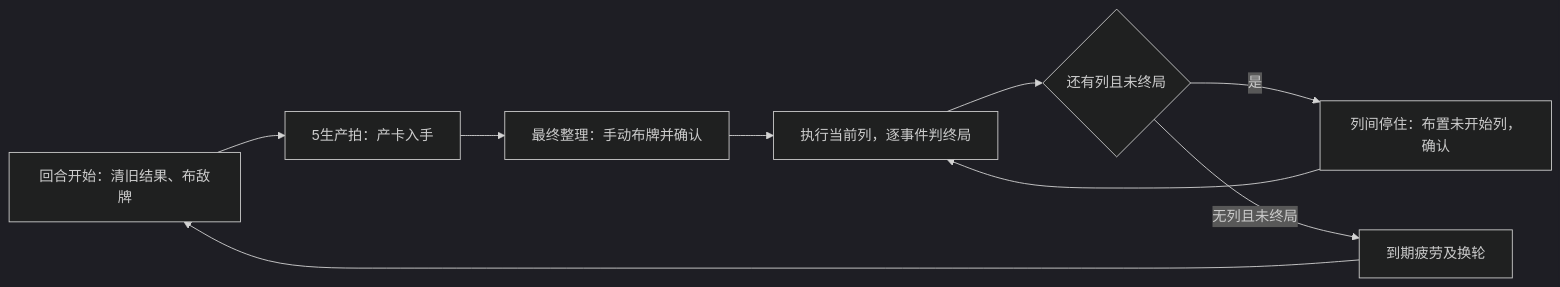
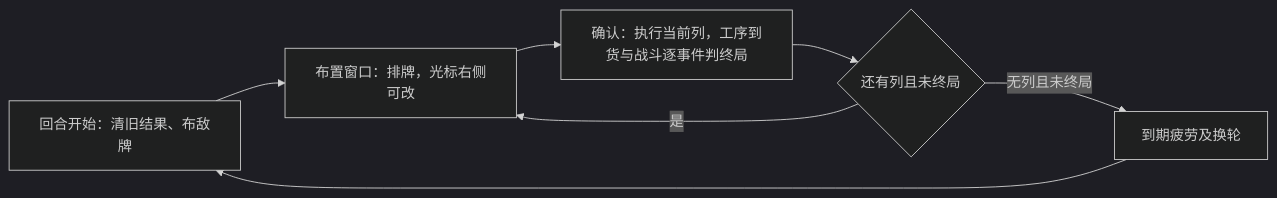
Before and after one commit to dsaj4/game_design: the diagram in yanzhou/design/GDD.md, drawn with Mermaid (dark theme). The commit also changed other lines of this file and 31 other files, not shown here.

```diff
--- a/yanzhou/design/GDD.md
+++ b/yanzhou/design/GDD.md
@@ -19,11 +19,9 @@
 ~~~mermaid
 flowchart LR
-  A[回合开始：清旧结果、布敌牌] --> B[5生产拍：产卡入手]
-  B --> C[最终整理：手动布牌并确认]
-  C --> D[执行当前列，逐事件判终局]
-  D --> E{还有列且未终局}
-  E -->|是| F[列间停住：布置未开始列，确认]
-  F --> D
-  E -->|无列且未终局| G[到期疲劳及换轮]
-  G --> A
+  A[回合开始：清旧结果、布敌牌] --> B[布置窗口：排牌，光标右侧可改]
+  B --> C[确认：执行当前列，工序到货与战斗逐事件判终局]
+  C --> D{还有列且未终局}
+  D -->|是| B
+  D -->|无列且未终局| E[到期疲劳及换轮]
+  E --> A
 ~~~
```
